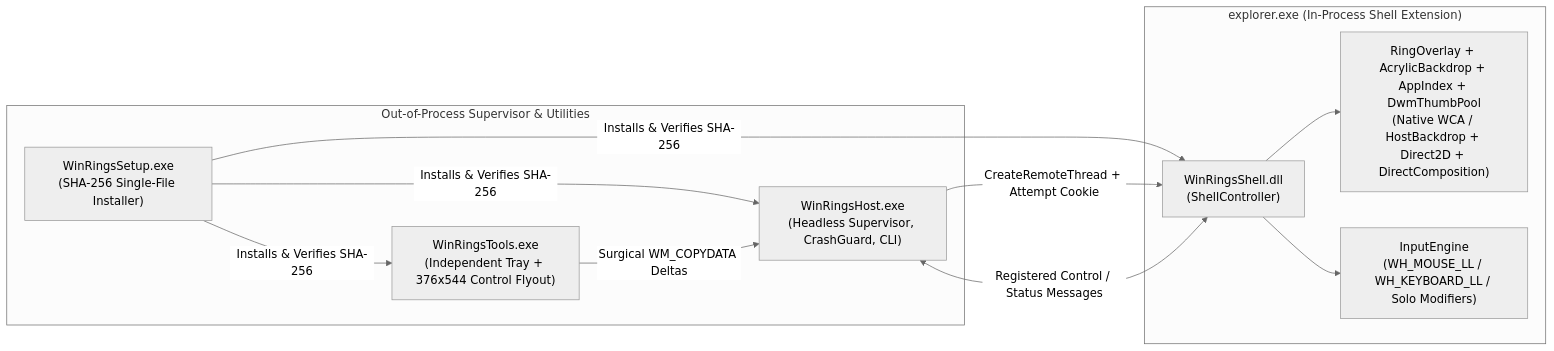
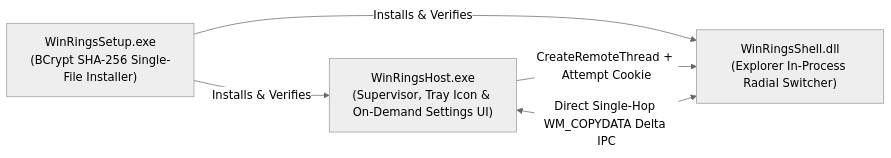
Before and after one commit to AhmadotEng/WinRings: the diagram in README.md, drawn with Mermaid (neutral theme). The commit also changed other lines of this file and 29 other files, not shown here.

Commit message:
Release v4.0.0: Unified Native App, Rebuilt Settings UI & Cross-Process Hit-Region Engine

````diff
--- a/README.md
+++ b/README.md
@@ -68,23 +119,8 @@
 ```mermaid
 flowchart LR
-    subgraph UserSpace["Out-of-Process Supervisor & Utilities"]
-        Host["WinRingsHost.exe<br/>(Headless Supervisor, CrashGuard, CLI)"]
-        Tools["WinRingsTools.exe<br/>(Independent Tray + 376x544 Control Flyout)"]
-        Setup["WinRingsSetup.exe<br/>(SHA-256 Single-File Installer)"]
-    end
+    Setup["WinRingsSetup.exe<br/>(BCrypt SHA-256 Single-File Installer)"] -->|Installs & Verifies| Host["WinRingsHost.exe<br/>(Supervisor, Tray Icon & On-Demand Settings UI)"]
+    Setup -->|Installs & Verifies| Shell["WinRingsShell.dll<br/>(Explorer In-Process Radial Switcher)"]
 
-    subgraph ExplorerProc["explorer.exe (In-Process Shell Extension)"]
-        Shell["WinRingsShell.dll<br/>(ShellController)"]
-        Ring["RingOverlay + AcrylicBackdrop + AppIndex + DwmThumbPool<br/>(Native WCA / HostBackdrop + Direct2D + DirectComposition)"]
-        Input["InputEngine<br/>(WH_MOUSE_LL / WH_KEYBOARD_LL / Solo Modifiers)"]
-    end
-
-    Setup -->|Installs & Verifies SHA-256| Host
-    Setup -->|Installs & Verifies SHA-256| Shell
-    Setup -->|Installs & Verifies SHA-256| Tools
     Host -->|CreateRemoteThread + Attempt Cookie| Shell
-    Host <-->|Registered Control / Status Messages| Shell
-    Tools -->|Surgical WM_COPYDATA Deltas| Host
-    Shell --> Ring
-    Shell --> Input
+    Host <-->|Direct Single-Hop WM_COPYDATA Delta IPC| Shell
 ```
````
